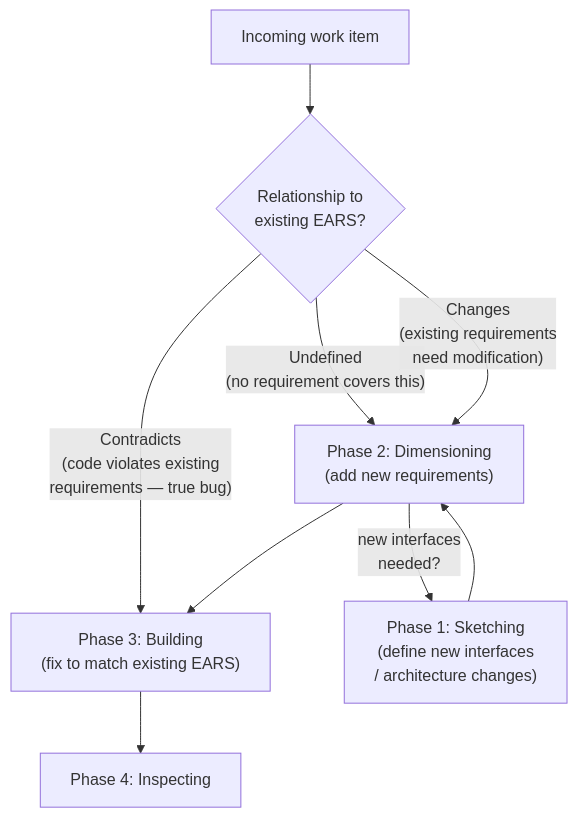
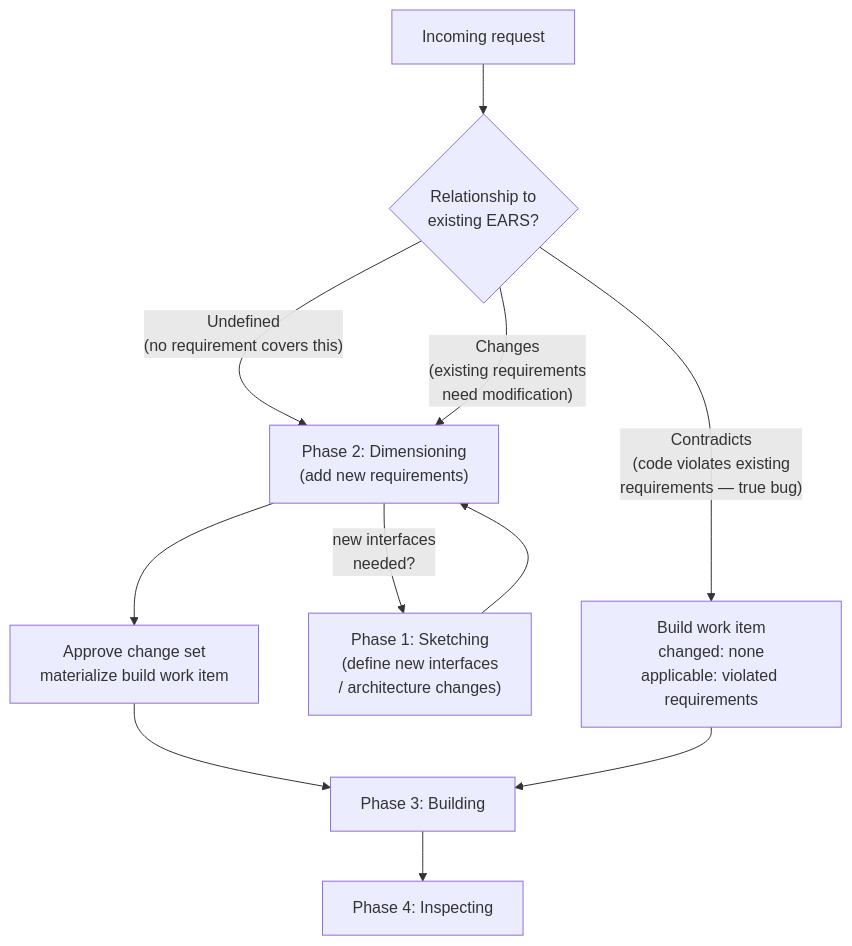
One commit to JohnStrunk/ProtoBot changed the eighth of 10 diagrams in docs/architecture/user-interaction-flow.md. Above: the diagram before and after it, drawn with Mermaid. The commit also changed other lines of this file and 4 other files, not shown here.

Commit message:
Revise architecture from PR feedback

````diff
--- a/docs/architecture/user-interaction-flow.md
+++ b/docs/architecture/user-interaction-flow.md
@@ -697,16 +950,18 @@
 ```mermaid
 flowchart TD
-    WI["Incoming work item"]
+    WI["Incoming request"]
 
     WI --> Q{"Relationship to<br/>existing EARS?"}
 
     Q -- "Undefined<br/>(no requirement covers this)" --> P2["Phase 2: Dimensioning<br/>(add new requirements)"]
     Q -- "Changes<br/>(existing requirements<br/>need modification)" --> P2
-    Q -- "Contradicts<br/>(code violates existing<br/>requirements — true bug)" --> P3["Phase 3: Building<br/>(fix to match existing EARS)"]
+    Q -- "Contradicts<br/>(code violates existing<br/>requirements — true bug)" --> BW["Build work item<br/>changed: none<br/>applicable: violated requirements"]
 
     P2 -- "new interfaces<br/>needed?" --> P1["Phase 1: Sketching<br/>(define new interfaces<br/>/ architecture changes)"]
     P1 --> P2
 
-    P2 --> P3
+    P2 --> CS["Approve change set<br/>materialize build work item"]
+    CS --> P3["Phase 3: Building"]
+    BW --> P3
     P3 --> P4["Phase 4: Inspecting"]
 ```
````
